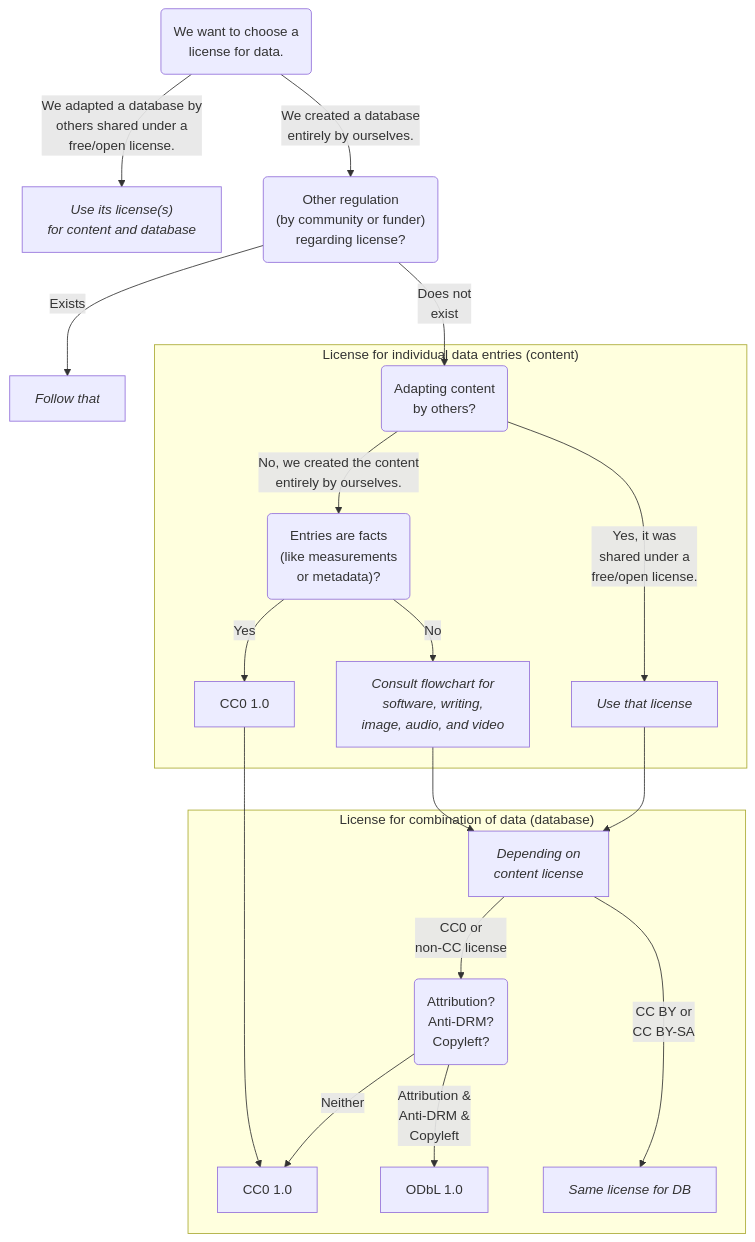
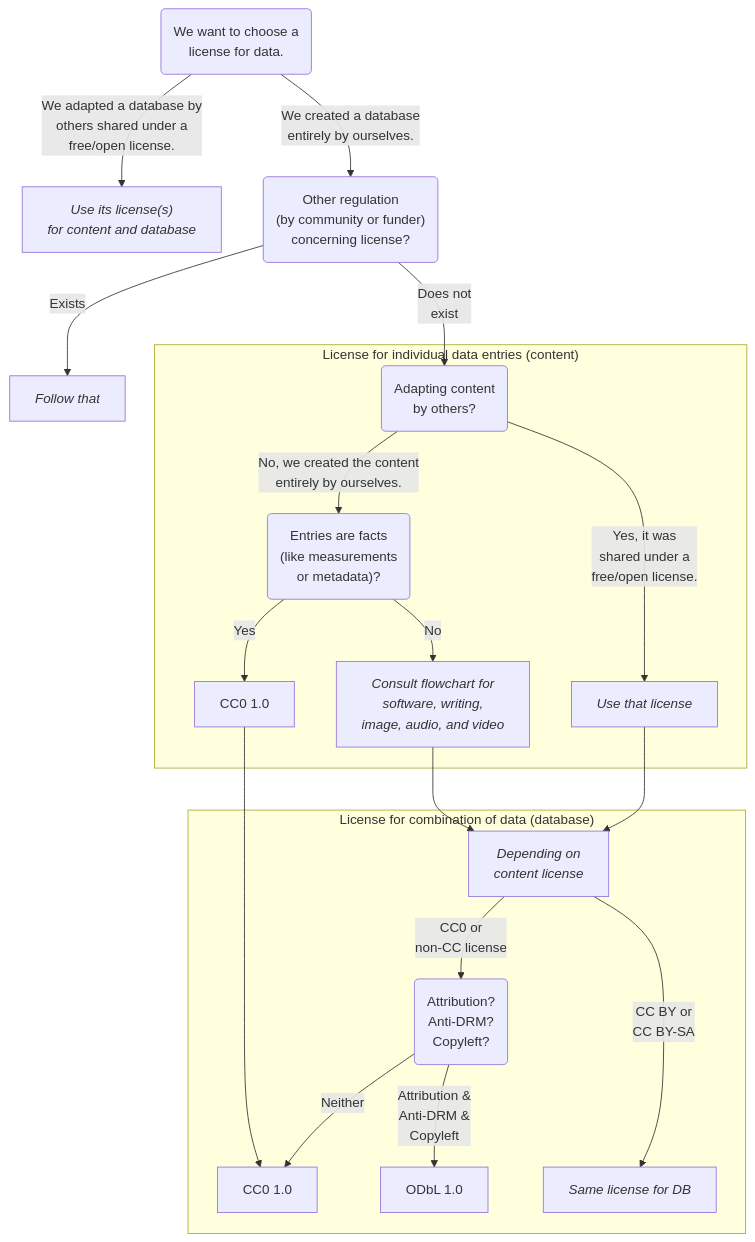
The third of 3 diagrams in choose_license.qmd (lmu-osc/code-publishing-short), drawn with Mermaid before and after one commit. The commit also changed other lines of this file and 3 other files, not shown here.

````diff
--- a/choose_license.qmd
+++ b/choose_license.qmd
@@ -362,34 +362,34 @@
 ```{mermaid}
 flowchart TB
   start("We want to choose a<br>license for data.") --"We adapted a database by<br>others shared under a<br>free/open license."--> use_existing_license_db["<em>Use its license(s)<br>for content and database</em>"]
-  start --"We created a database<br>entirely by ourselves."--> regulation("Other regulation<br>(by community or funder)<br>regarding license?")
+  start --"We created a database<br>entirely by ourselves."--> regulation("Other regulation<br>(by community or funder)<br>concerning license?")
   
   regulation --"Exists"--> follow_existing_norms["<em>Follow that</em>"]
   regulation --"Does not<br>exist"--> existing_license_content("Adapting content<br> by others?")
   
   subgraph "License for individual data entries (content)"
   existing_license_content --"No, we created the content<br>entirely by ourselves."--> facts("Entries are facts<br>(like measurements<br>or metadata)?")
   existing_license_content --"Yes, it was<br>shared under a<br>free/open license."--> use_existing_license_content["<em>Use that license</em>"]
   facts --"Yes"--> cc0_content_metadata["CC0 1.0"]
   facts --"No"--> choose_license["<em>Consult flowchart for<br>software, writing,<br>image, audio, and video</em>"]
   end
   
   subgraph "License for combination of data (database)"
   choose_license --> switch_license["<em>Depending on<br>content license</em>"]
   use_existing_license_content --> switch_license
   
   cc0_content_metadata --> cc0_db["CC0 1.0"]
   switch_license --"CC0 or<br>non-CC license"--> sa("Attribution?<br>Anti-DRM?<br>Copyleft?")
   switch_license --"CC BY or<br>CC BY-SA"--> same["<em>Same license for DB</em>"]
   
   sa --"Neither"--> cc0_db
   sa --"Attribution &<br>Anti-DRM &<br>Copyleft"--> odbl["ODbL 1.0"]
   
   %% the following link is only added to have terminal nodes on the same level
   sa ~~~ same
   end
   
   click cc0_content_metadata href "https://creativecommons.org/publicdomain/zero/1.0/"
   click cc0_db href "https://creativecommons.org/publicdomain/zero/1.0/"
   click odbl href "https://opendatacommons.org/licenses/odbl/summary/"
 ```
````
